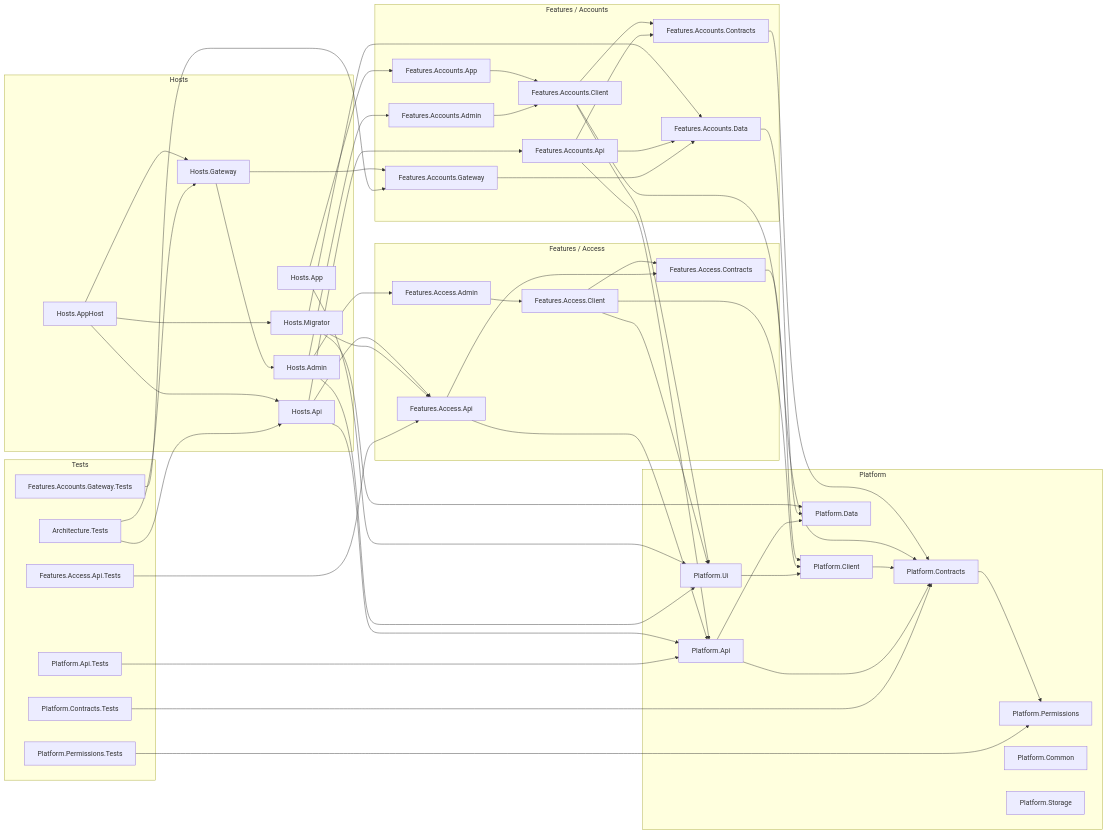
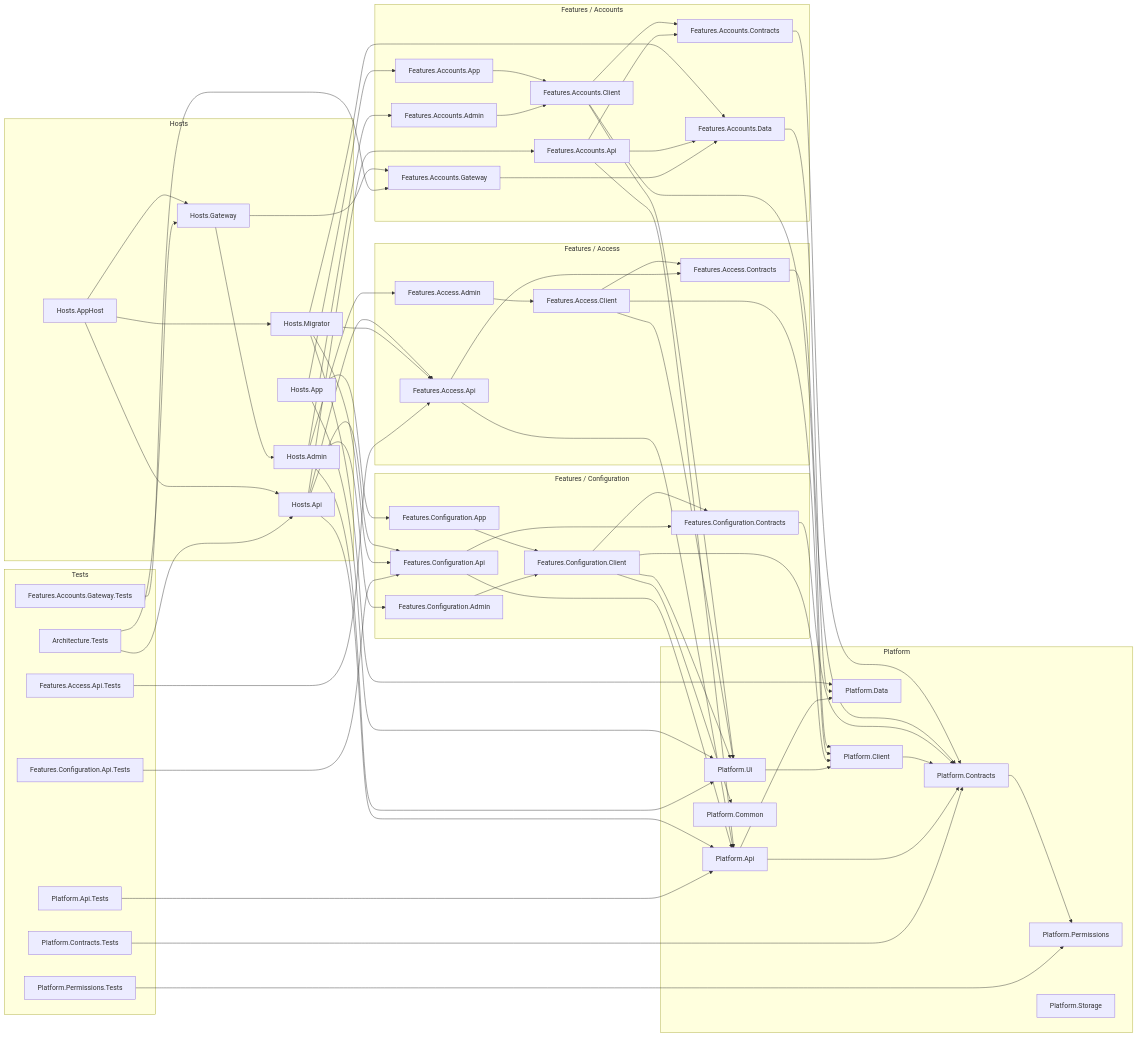
The first of 2 diagrams in docs/architecture/repo-layout.md (Asherslab/GSBC.ChurchApp), drawn with Mermaid before and after one commit. The commit also changed other lines of this file and 64 other files, not shown here.

````diff
--- a/docs/architecture/repo-layout.md
+++ b/docs/architecture/repo-layout.md
@@ -88,6 +88,14 @@
         AccessContracts["Features.Access.Contracts"]
     end
 
+    subgraph Configuration["Features / Configuration"]
+        ConfigurationApp["Features.Configuration.App"]
+        ConfigurationAdmin["Features.Configuration.Admin"]
+        ConfigurationClient["Features.Configuration.Client"]
+        ConfigurationApi["Features.Configuration.Api"]
+        ConfigurationContracts["Features.Configuration.Contracts"]
+    end
+
     subgraph Platform
         PlatformUi["Platform.Ui"]
         PlatformClient["Platform.Client"]
@@ -106,14 +114,15 @@
         ApiTests["Platform.Api.Tests"]
         GatewayTests["Features.Accounts.Gateway.Tests"]
         AccessTests["Features.Access.Api.Tests"]
+        ConfigurationTests["Features.Configuration.Api.Tests"]
     end
 
     HostsAppHost --> HostsApi & HostsGateway & HostsMigrator
     HostsGateway --> HostsAdmin & AccountsGateway
-    HostsApp --> AccountsApp & PlatformUi
-    HostsAdmin --> PlatformUi & AccountsAdmin & AccessAdmin
-    HostsApi --> AccountsApi & AccessApi & PlatformApi
-    HostsMigrator --> PlatformData & AccountsData & AccessApi
+    HostsApp --> AccountsApp & ConfigurationApp & PlatformUi
+    HostsAdmin --> PlatformUi & AccountsAdmin & AccessAdmin & ConfigurationAdmin
+    HostsApi --> AccountsApi & AccessApi & ConfigurationApi & PlatformApi
+    HostsMigrator --> PlatformData & AccountsData & AccessApi & ConfigurationApi
 
     AccountsApp --> AccountsClient
     AccountsAdmin --> AccountsClient
@@ -128,6 +137,12 @@
     AccessApi --> AccessContracts & PlatformApi
     AccessContracts --> PlatformContracts
 
+    ConfigurationApp --> ConfigurationClient
+    ConfigurationAdmin --> ConfigurationClient
+    ConfigurationClient --> ConfigurationContracts & PlatformClient & PlatformUi & PlatformCommon
+    ConfigurationApi --> ConfigurationContracts & PlatformApi
+    ConfigurationContracts --> PlatformContracts
+
     PlatformUi --> PlatformClient
     PlatformClient --> PlatformContracts
     PlatformApi --> PlatformContracts & PlatformData
@@ -139,4 +154,5 @@
     ApiTests --> PlatformApi
     GatewayTests --> AccountsGateway
     AccessTests --> AccessApi
+    ConfigurationTests --> ConfigurationApi
 ```
````
